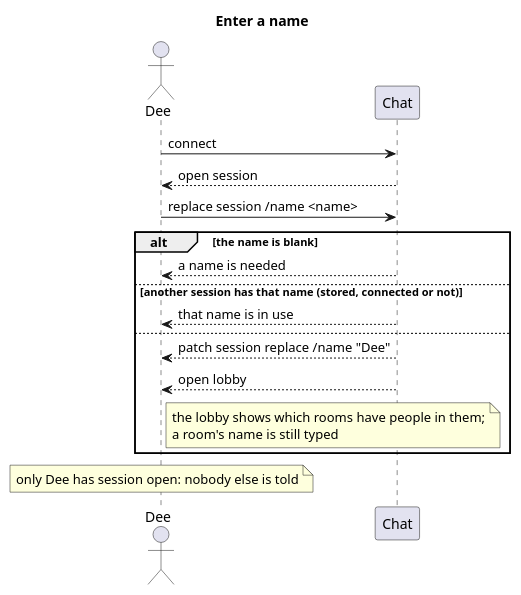
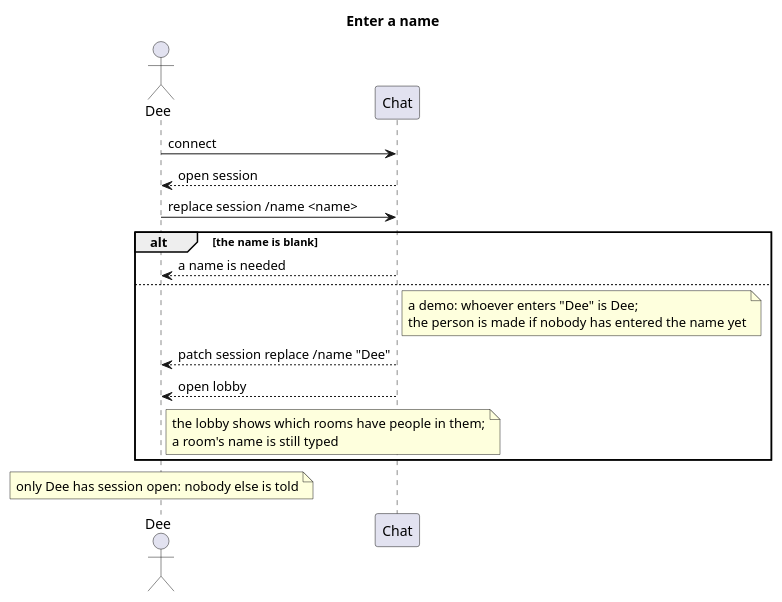
The diagram in uml/src/seq-enter-a-name.puml (blueshed/dzql), drawn with PlantUML before and after one commit. The commit also changed 6 other files, not shown here.

Commit message:
uml: a demo, so a person is self-authenticating -- a person is their name; each device has its own session and room; Dee in two rooms on two devices; logging out ends this device's session only

```diff
--- a/uml/src/seq-enter-a-name.puml
+++ b/uml/src/seq-enter-a-name.puml
@@ -1,19 +1,18 @@
 @startuml
 title Enter a name
 actor "Dee" as dee
 participant "Chat" as app
 
 dee -> app : connect
 app --> dee : open session
 dee -> app : replace session /name <name>
 alt the name is blank
   app --> dee : a name is needed
-else another session has that name (stored, connected or not)
-  app --> dee : that name is in use
 else
+  note right of app : a demo: whoever enters "Dee" is Dee;\nthe person is made if nobody has entered the name yet
   app --> dee : patch session replace /name "Dee"
   app --> dee : open lobby
   note right of dee : the lobby shows which rooms have people in them;\na room's name is still typed
 end
 note over dee : only Dee has session open: nobody else is told
 @enduml
```
